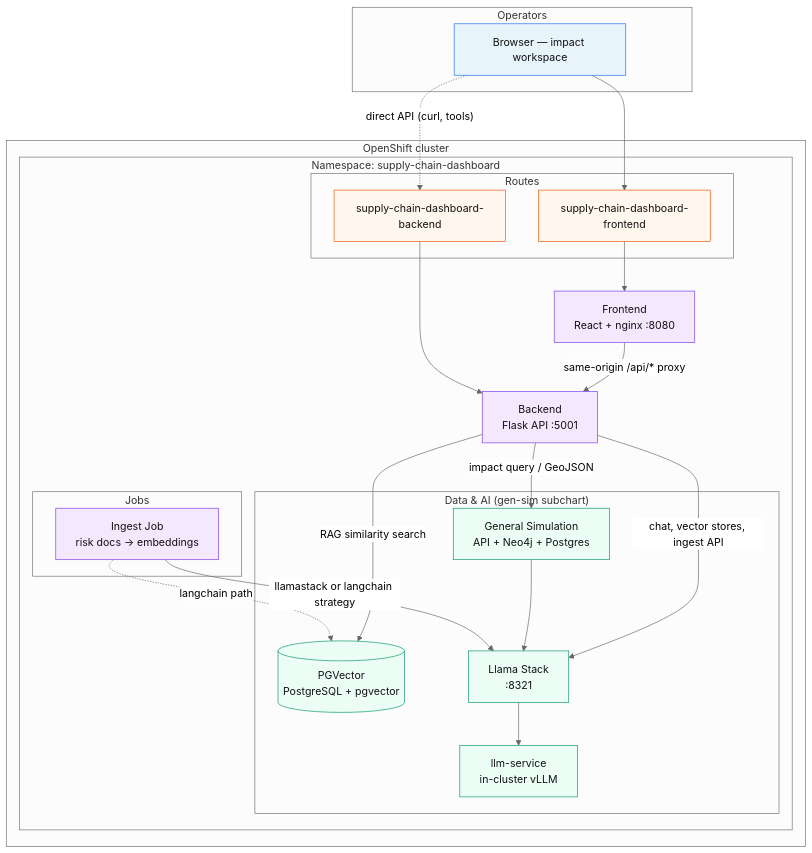
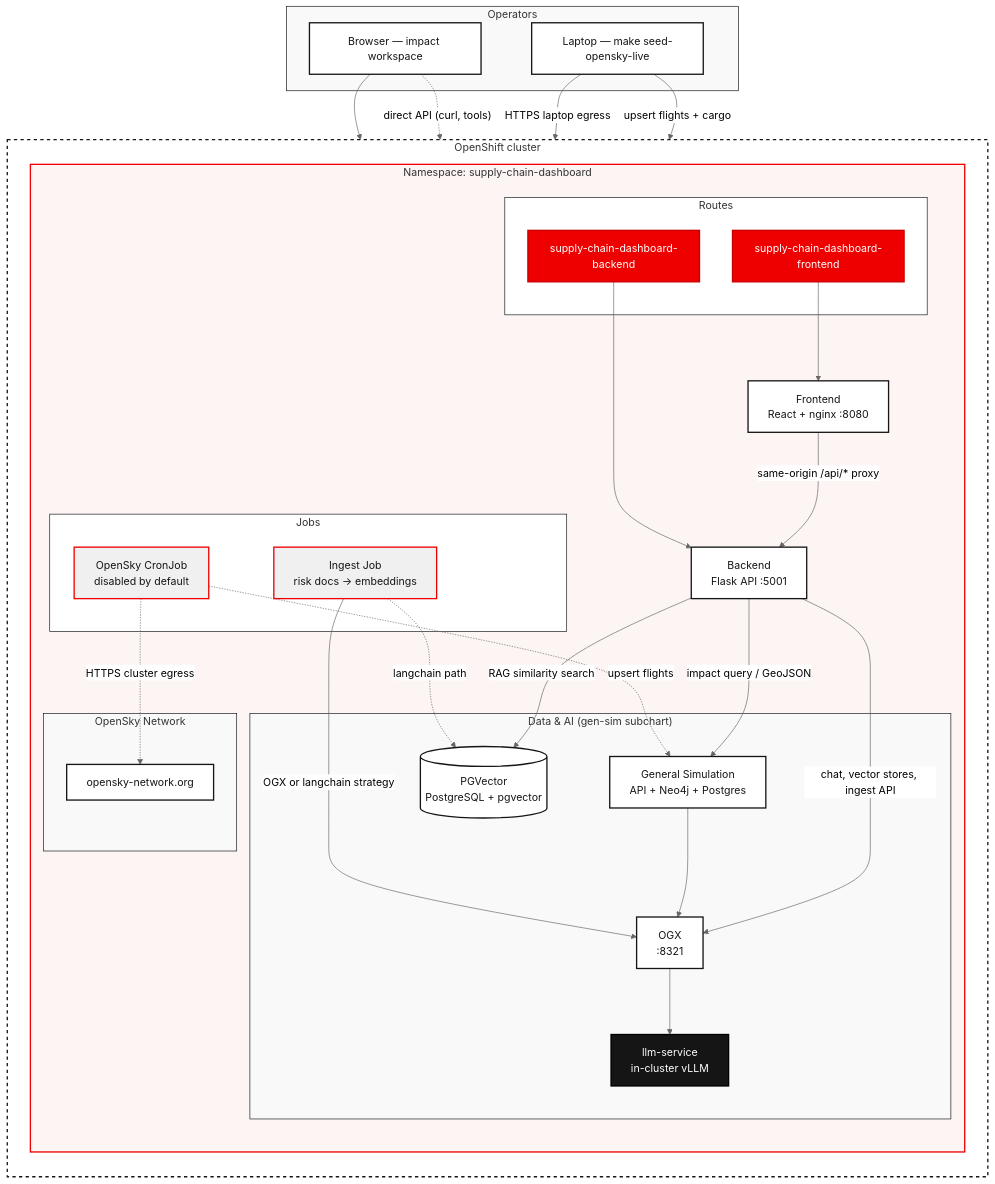
Before and after one commit to mhdawson/ai-supply-chain-agent: the diagram in README.md, drawn with Mermaid (neutral theme). The commit also changed other lines of this file and 12 other files, not shown here.

````diff
--- a/README.md
+++ b/README.md
@@ -50,53 +58,69 @@
 ```mermaid
 flowchart TB
-  subgraph users["Operators"]
-    U1["Browser — impact workspace"]
-  end
+    classDef default fill:#F0F0F0,stroke:#EE0000,stroke-width:2px,color:#151515
+    classDef rhRed fill:#EE0000,stroke:#C90000,stroke-width:2px,color:#FFFFFF
+    classDef rhBlack fill:#151515,stroke:#000000,stroke-width:2px,color:#FFFFFF
+    classDef rhOutline fill:#FFFFFF,stroke:#151515,stroke-width:2px,color:#151515
 
-  subgraph ocp["OpenShift cluster"]
-    subgraph ns["Namespace: supply-chain-dashboard"]
-      subgraph routes["Routes"]
-        R_FE["supply-chain-dashboard-frontend"]
-        R_BE["supply-chain-dashboard-backend"]
-      end
+    subgraph users["Operators"]
+        U1["Browser — impact workspace"]:::rhOutline
+        U2["Laptop — make seed-opensky-live"]:::rhOutline
+    end
 
-      FE["Frontend<br/>React + nginx :8080"]
-      BE["Backend<br/>Flask API :5001"]
+    subgraph ocp["OpenShift cluster"]
+        direction TB
+        subgraph ns["Namespace: supply-chain-dashboard"]
+            direction TB
+            subgraph routes["Routes"]
+                R_FE["supply-chain-dashboard-frontend"]:::rhRed
+                R_BE["supply-chain-dashboard-backend"]:::rhRed
+            end
 
-      subgraph jobs["Jobs"]
-        ING["Ingest Job<br/>risk docs → embeddings"]
-      end
+            FE["Frontend<br/>React + nginx :8080"]:::rhOutline
+            BE["Backend<br/>Flask API :5001"]:::rhOutline
 
-      subgraph data["Data & AI (gen-sim subchart)"]
-        PG[("PGVector<br/>PostgreSQL + pgvector")]
-        LS["Llama Stack<br/>:8321"]
-        VLLM["llm-service<br/>in-cluster vLLM"]
-        GS["General Simulation<br/>API + Neo4j + Postgres"]
-      end
+            subgraph jobs["Jobs"]
+                ING["Ingest Job<br/>risk docs → embeddings"]:::default
+                OSJOB["OpenSky CronJob<br/>disabled by default"]:::default
+            end
+
+            subgraph data["Data & AI (gen-sim subchart)"]
+                PG[("PGVector<br/>PostgreSQL + pgvector")]:::rhOutline
+                LS["OGX<br/>:8321"]:::rhOutline
+                VLLM["llm-service<br/>in-cluster vLLM"]:::rhBlack
+                GS["General Simulation<br/>API + Neo4j + Postgres"]:::rhOutline
+            end
+
+            subgraph ext["OpenSky Network"]
+                OS["opensky-network.org"]:::rhOutline
+            end
+        end
     end
-  end
 
-  U1 --> R_FE --> FE
-  FE -->|"same-origin /api/* proxy"| BE
-  U1 -.->|"direct API (curl, tools)"| R_BE
-  R_BE --> BE
+    U1 --> R_FE --> FE
+    FE -->|"same-origin /api/* proxy"| BE
+    U1 -.->|"direct API (curl, tools)"| R_BE
+    R_BE --> BE
 
-  BE -->|"impact query / GeoJSON"| GS
-  BE -->|"RAG similarity search"| PG
-  BE -->|"chat, vector stores, ingest API"| LS
-  LS --> VLLM
-  GS --> LS
+    BE -->|"impact query / GeoJSON"| GS
+    BE -->|"RAG similarity search"| PG
+    BE -->|"chat, vector stores, ingest API"| LS
+    LS --> VLLM
+    GS --> LS
 
-  ING -->|"llamastack or langchain strategy"| LS
-  ING -.->|"langchain path"| PG
+    ING -->|"OGX or langchain strategy"| LS
+    ING -.->|"langchain path"| PG
 
-  classDef user fill:#e8f4fc,stroke:#1a73e8,color:#111
-  classDef app fill:#f3e8fd,stroke:#7c3aed,color:#111
-  classDef data fill:#ecfdf5,stroke:#059669,color:#111
-  classDef route fill:#fff7ed,stroke:#ea580c,color:#111
-  classDef ext fill:#eff6ff,stroke:#2563eb,color:#111
-  class U1 user
-  class FE,BE,ING app
-  class PG,LS,VLLM,GS data
-  class R_FE,R_BE route
+    U2 -->|"HTTPS laptop egress"| OS
+    U2 -->|"upsert flights + cargo"| GS
+    OSJOB -.->|"HTTPS cluster egress"| OS
+    OSJOB -.->|"upsert flights"| GS
+
+    style users fill:#f9f9f9,stroke:#151515,stroke-width:1px
+    style ext fill:#f9f9f9,stroke:#151515,stroke-width:1px
+    style ocp fill:#ffffff,stroke:#151515,stroke-width:2px,stroke-dasharray: 5 5
+    style ns fill:#fdf4f4,stroke:#EE0000,stroke-width:2px
+    style routes fill:#ffffff,stroke:#151515,stroke-width:1px
+    style jobs fill:#ffffff,stroke:#151515,stroke-width:1px
+    style data fill:#f9f9f9,stroke:#151515,stroke-width:1px
 ```
````
